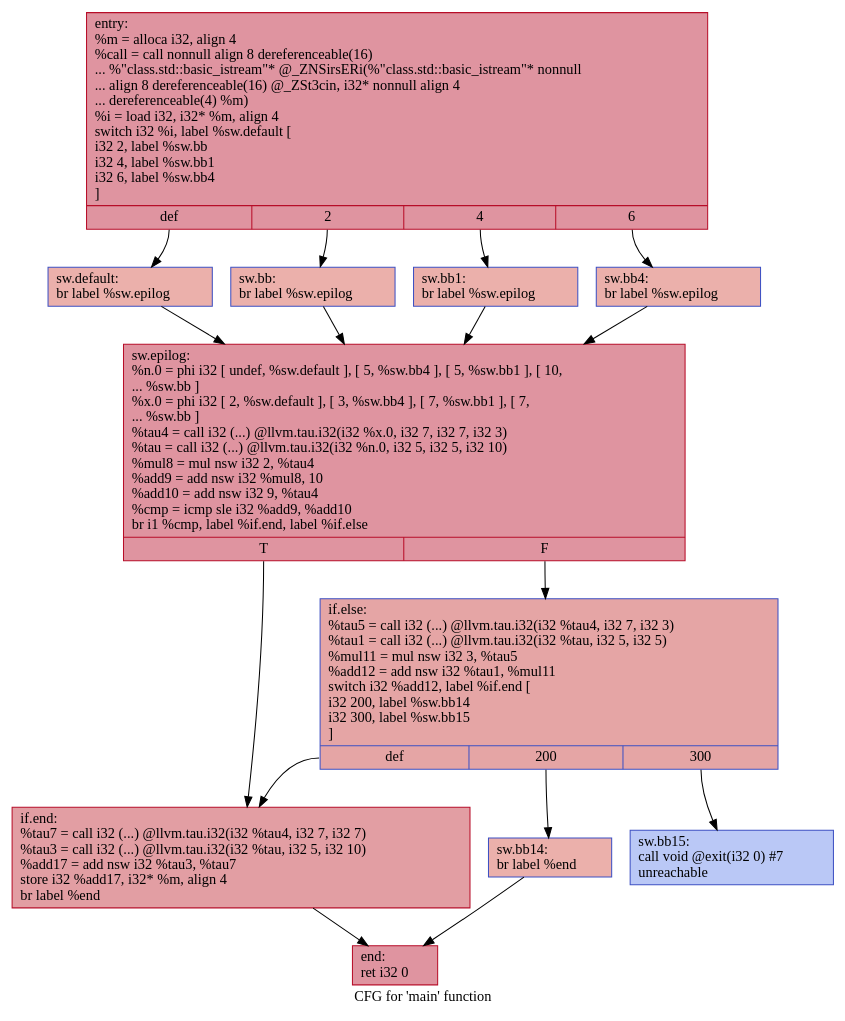
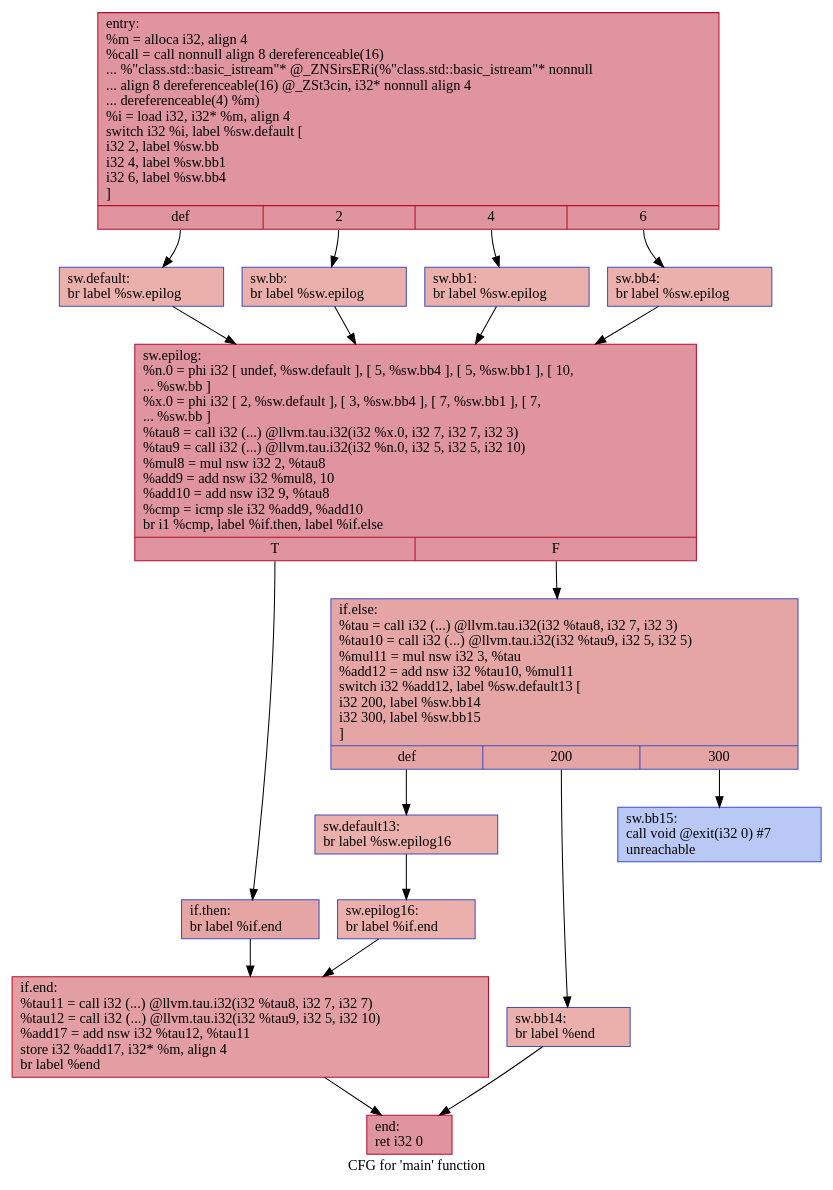
One commit to HPSSA-LLVM/HPSSA-LLVM changed the diagram in IR/cfg/SCCP_HPSSA.dot. Above: the diagram before and after it, drawn with Graphviz. The commit also changed 22 other files, not shown here.

```diff
--- a/IR/cfg/SCCP_HPSSA.dot
+++ b/IR/cfg/SCCP_HPSSA.dot
@@ -1,30 +1,36 @@
 digraph "CFG for 'main' function" {
 	label="CFG for 'main' function";
 
-	Node0x55a3ec0d60c0 [shape=record,color="#b70d28ff", style=filled, fillcolor="#b70d2870",label="{entry:\l  %m = alloca i32, align 4\l  %call = call nonnull align 8 dereferenceable(16)\l... %\"class.std::basic_istream\"* @_ZNSirsERi(%\"class.std::basic_istream\"* nonnull\l... align 8 dereferenceable(16) @_ZSt3cin, i32* nonnull align 4\l... dereferenceable(4) %m)\l  %i = load i32, i32* %m, align 4\l  switch i32 %i, label %sw.default [\l    i32 2, label %sw.bb\l    i32 4, label %sw.bb1\l    i32 6, label %sw.bb4\l  ]\l|{<s0>def|<s1>2|<s2>4|<s3>6}}"];
-	Node0x55a3ec0d60c0:s0 -> Node0x55a3ec0d6500;
-	Node0x55a3ec0d60c0:s1 -> Node0x55a3ec0d6610;
-	Node0x55a3ec0d60c0:s2 -> Node0x55a3ec0d6710;
-	Node0x55a3ec0d60c0:s3 -> Node0x55a3ec0d6810;
-	Node0x55a3ec0d6610 [shape=record,color="#3d50c3ff", style=filled, fillcolor="#d24b4070",label="{sw.bb:                                            \l  br label %sw.epilog\l}"];
-	Node0x55a3ec0d6610 -> Node0x55a3ec0d6930;
-	Node0x55a3ec0d6710 [shape=record,color="#3d50c3ff", style=filled, fillcolor="#d24b4070",label="{sw.bb1:                                           \l  br label %sw.epilog\l}"];
-	Node0x55a3ec0d6710 -> Node0x55a3ec0d6930;
-	Node0x55a3ec0d6810 [shape=record,color="#3d50c3ff", style=filled, fillcolor="#d24b4070",label="{sw.bb4:                                           \l  br label %sw.epilog\l}"];
-	Node0x55a3ec0d6810 -> Node0x55a3ec0d6930;
-	Node0x55a3ec0d6500 [shape=record,color="#3d50c3ff", style=filled, fillcolor="#d24b4070",label="{sw.default:                                       \l  br label %sw.epilog\l}"];
-	Node0x55a3ec0d6500 -> Node0x55a3ec0d6930;
-	Node0x55a3ec0d6930 [shape=record,color="#b70d28ff", style=filled, fillcolor="#b70d2870",label="{sw.epilog:                                        \l  %n.0 = phi i32 [ undef, %sw.default ], [ 5, %sw.bb4 ], [ 5, %sw.bb1 ], [ 10,\l... %sw.bb ]\l  %x.0 = phi i32 [ 2, %sw.default ], [ 3, %sw.bb4 ], [ 7, %sw.bb1 ], [ 7,\l... %sw.bb ]\l  %tau4 = call i32 (...) @llvm.tau.i32(i32 %x.0, i32 7, i32 7, i32 3)\l  %tau = call i32 (...) @llvm.tau.i32(i32 %n.0, i32 5, i32 5, i32 10)\l  %mul8 = mul nsw i32 2, %tau4\l  %add9 = add nsw i32 %mul8, 10\l  %add10 = add nsw i32 9, %tau4\l  %cmp = icmp sle i32 %add9, %add10\l  br i1 %cmp, label %if.end, label %if.else\l|{<s0>T|<s1>F}}"];
-	Node0x55a3ec0d6930:s0 -> Node0x55a3ec0d7ad0;
-	Node0x55a3ec0d6930:s1 -> Node0x55a3ec0d7b40;
-	Node0x55a3ec0d7b40 [shape=record,color="#3d50c3ff", style=filled, fillcolor="#c5333470",label="{if.else:                                          \l  %tau5 = call i32 (...) @llvm.tau.i32(i32 %tau4, i32 7, i32 3)\l  %tau1 = call i32 (...) @llvm.tau.i32(i32 %tau, i32 5, i32 5)\l  %mul11 = mul nsw i32 3, %tau5\l  %add12 = add nsw i32 %tau1, %mul11\l  switch i32 %add12, label %if.end [\l    i32 200, label %sw.bb14\l    i32 300, label %sw.bb15\l  ]\l|{<s0>def|<s1>200|<s2>300}}"];
-	Node0x55a3ec0d7b40:s0 -> Node0x55a3ec0d7ad0;
-	Node0x55a3ec0d7b40:s1 -> Node0x55a3ec0d7ed0;
-	Node0x55a3ec0d7b40:s2 -> Node0x55a3ec0d7f70;
-	Node0x55a3ec0d7ed0 [shape=record,color="#3d50c3ff", style=filled, fillcolor="#d24b4070",label="{sw.bb14:                                          \l  br label %end\l}"];
-	Node0x55a3ec0d7ed0 -> Node0x55a3ec0d8420;
-	Node0x55a3ec0d7f70 [shape=record,color="#3d50c3ff", style=filled, fillcolor="#6282ea70",label="{sw.bb15:                                          \l  call void @exit(i32 0) #7\l  unreachable\l}"];
-	Node0x55a3ec0d7ad0 [shape=record,color="#b70d28ff", style=filled, fillcolor="#be242e70",label="{if.end:                                           \l  %tau7 = call i32 (...) @llvm.tau.i32(i32 %tau4, i32 7, i32 7)\l  %tau3 = call i32 (...) @llvm.tau.i32(i32 %tau, i32 5, i32 10)\l  %add17 = add nsw i32 %tau3, %tau7\l  store i32 %add17, i32* %m, align 4\l  br label %end\l}"];
-	Node0x55a3ec0d7ad0 -> Node0x55a3ec0d8420;
-	Node0x55a3ec0d8420 [shape=record,color="#b70d28ff", style=filled, fillcolor="#b70d2870",label="{end:                                              \l  ret i32 0\l}"];
+	Node0x55b47788f1c0 [shape=record,color="#b70d28ff", style=filled, fillcolor="#b70d2870",label="{entry:\l  %m = alloca i32, align 4\l  %call = call nonnull align 8 dereferenceable(16)\l... %\"class.std::basic_istream\"* @_ZNSirsERi(%\"class.std::basic_istream\"* nonnull\l... align 8 dereferenceable(16) @_ZSt3cin, i32* nonnull align 4\l... dereferenceable(4) %m)\l  %i = load i32, i32* %m, align 4\l  switch i32 %i, label %sw.default [\l    i32 2, label %sw.bb\l    i32 4, label %sw.bb1\l    i32 6, label %sw.bb4\l  ]\l|{<s0>def|<s1>2|<s2>4|<s3>6}}"];
+	Node0x55b47788f1c0:s0 -> Node0x55b47788f600;
+	Node0x55b47788f1c0:s1 -> Node0x55b47788f710;
+	Node0x55b47788f1c0:s2 -> Node0x55b47788f810;
+	Node0x55b47788f1c0:s3 -> Node0x55b47788f910;
+	Node0x55b47788f710 [shape=record,color="#3d50c3ff", style=filled, fillcolor="#d24b4070",label="{sw.bb:                                            \l  br label %sw.epilog\l}"];
+	Node0x55b47788f710 -> Node0x55b47788fa30;
+	Node0x55b47788f810 [shape=record,color="#3d50c3ff", style=filled, fillcolor="#d24b4070",label="{sw.bb1:                                           \l  br label %sw.epilog\l}"];
+	Node0x55b47788f810 -> Node0x55b47788fa30;
+	Node0x55b47788f910 [shape=record,color="#3d50c3ff", style=filled, fillcolor="#d24b4070",label="{sw.bb4:                                           \l  br label %sw.epilog\l}"];
+	Node0x55b47788f910 -> Node0x55b47788fa30;
+	Node0x55b47788f600 [shape=record,color="#3d50c3ff", style=filled, fillcolor="#d24b4070",label="{sw.default:                                       \l  br label %sw.epilog\l}"];
+	Node0x55b47788f600 -> Node0x55b47788fa30;
+	Node0x55b47788fa30 [shape=record,color="#b70d28ff", style=filled, fillcolor="#b70d2870",label="{sw.epilog:                                        \l  %n.0 = phi i32 [ undef, %sw.default ], [ 5, %sw.bb4 ], [ 5, %sw.bb1 ], [ 10,\l... %sw.bb ]\l  %x.0 = phi i32 [ 2, %sw.default ], [ 3, %sw.bb4 ], [ 7, %sw.bb1 ], [ 7,\l... %sw.bb ]\l  %tau8 = call i32 (...) @llvm.tau.i32(i32 %x.0, i32 7, i32 7, i32 3)\l  %tau9 = call i32 (...) @llvm.tau.i32(i32 %n.0, i32 5, i32 5, i32 10)\l  %mul8 = mul nsw i32 2, %tau8\l  %add9 = add nsw i32 %mul8, 10\l  %add10 = add nsw i32 9, %tau8\l  %cmp = icmp sle i32 %add9, %add10\l  br i1 %cmp, label %if.then, label %if.else\l|{<s0>T|<s1>F}}"];
+	Node0x55b47788fa30:s0 -> Node0x55b477890bd0;
+	Node0x55b47788fa30:s1 -> Node0x55b477890c40;
+	Node0x55b477890bd0 [shape=record,color="#3d50c3ff", style=filled, fillcolor="#c5333470",label="{if.then:                                          \l  br label %if.end\l}"];
+	Node0x55b477890bd0 -> Node0x55b477890d60;
+	Node0x55b477890c40 [shape=record,color="#3d50c3ff", style=filled, fillcolor="#c5333470",label="{if.else:                                          \l  %tau = call i32 (...) @llvm.tau.i32(i32 %tau8, i32 7, i32 3)\l  %tau10 = call i32 (...) @llvm.tau.i32(i32 %tau9, i32 5, i32 5)\l  %mul11 = mul nsw i32 3, %tau\l  %add12 = add nsw i32 %tau10, %mul11\l  switch i32 %add12, label %sw.default13 [\l    i32 200, label %sw.bb14\l    i32 300, label %sw.bb15\l  ]\l|{<s0>def|<s1>200|<s2>300}}"];
+	Node0x55b477890c40:s0 -> Node0x55b477891080;
+	Node0x55b477890c40:s1 -> Node0x55b477891450;
+	Node0x55b477890c40:s2 -> Node0x55b4778914f0;
+	Node0x55b477891080 [shape=record,color="#3d50c3ff", style=filled, fillcolor="#d24b4070",label="{sw.default13:                                     \l  br label %sw.epilog16\l}"];
+	Node0x55b477891080 -> Node0x55b4778916e0;
+	Node0x55b477891450 [shape=record,color="#3d50c3ff", style=filled, fillcolor="#d24b4070",label="{sw.bb14:                                          \l  br label %end\l}"];
+	Node0x55b477891450 -> Node0x55b4778917d0;
+	Node0x55b4778914f0 [shape=record,color="#3d50c3ff", style=filled, fillcolor="#6282ea70",label="{sw.bb15:                                          \l  call void @exit(i32 0) #7\l  unreachable\l}"];
+	Node0x55b4778916e0 [shape=record,color="#3d50c3ff", style=filled, fillcolor="#d24b4070",label="{sw.epilog16:                                      \l  br label %if.end\l}"];
+	Node0x55b4778916e0 -> Node0x55b477890d60;
+	Node0x55b477890d60 [shape=record,color="#b70d28ff", style=filled, fillcolor="#be242e70",label="{if.end:                                           \l  %tau11 = call i32 (...) @llvm.tau.i32(i32 %tau8, i32 7, i32 7)\l  %tau12 = call i32 (...) @llvm.tau.i32(i32 %tau9, i32 5, i32 10)\l  %add17 = add nsw i32 %tau12, %tau11\l  store i32 %add17, i32* %m, align 4\l  br label %end\l}"];
+	Node0x55b477890d60 -> Node0x55b4778917d0;
+	Node0x55b4778917d0 [shape=record,color="#b70d28ff", style=filled, fillcolor="#b70d2870",label="{end:                                              \l  ret i32 0\l}"];
 }
```
